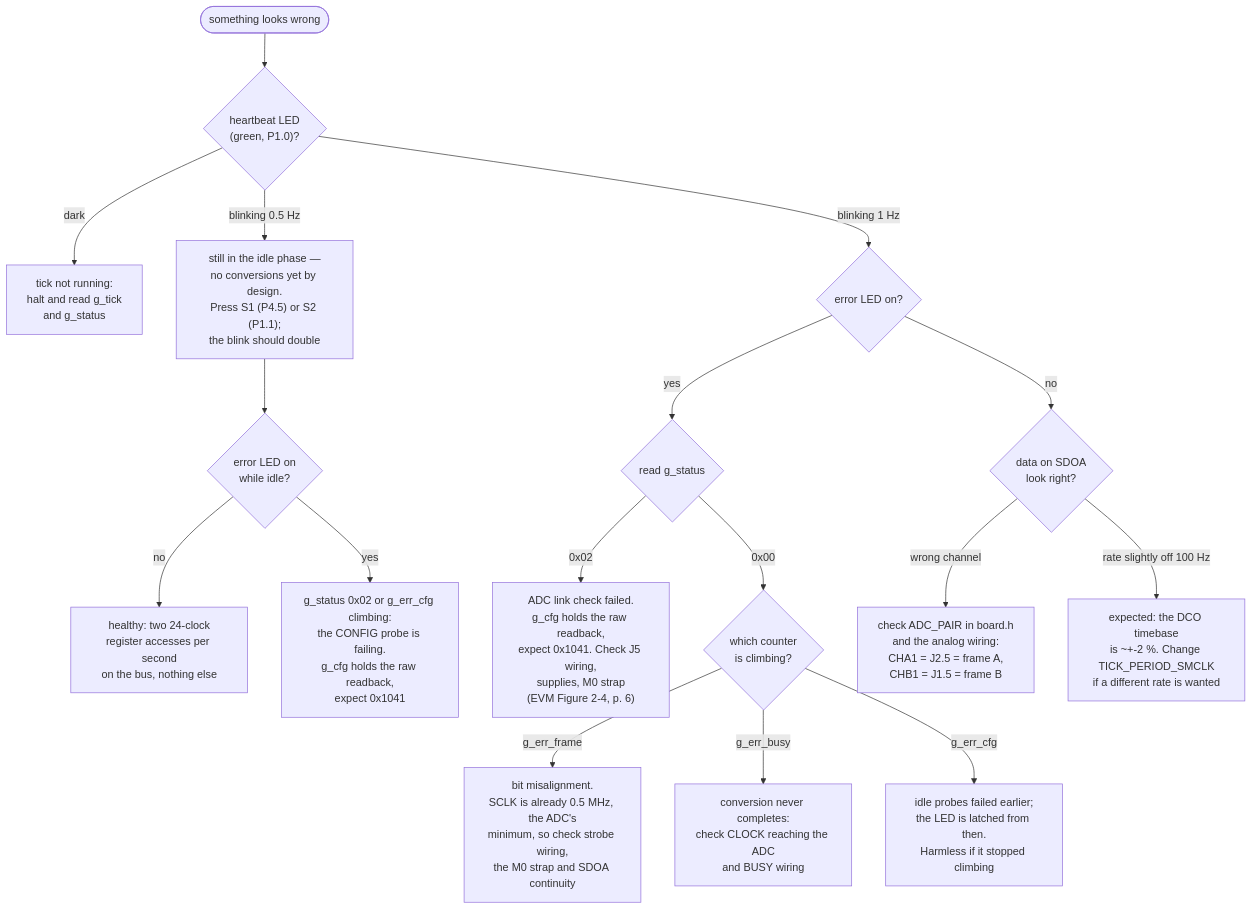
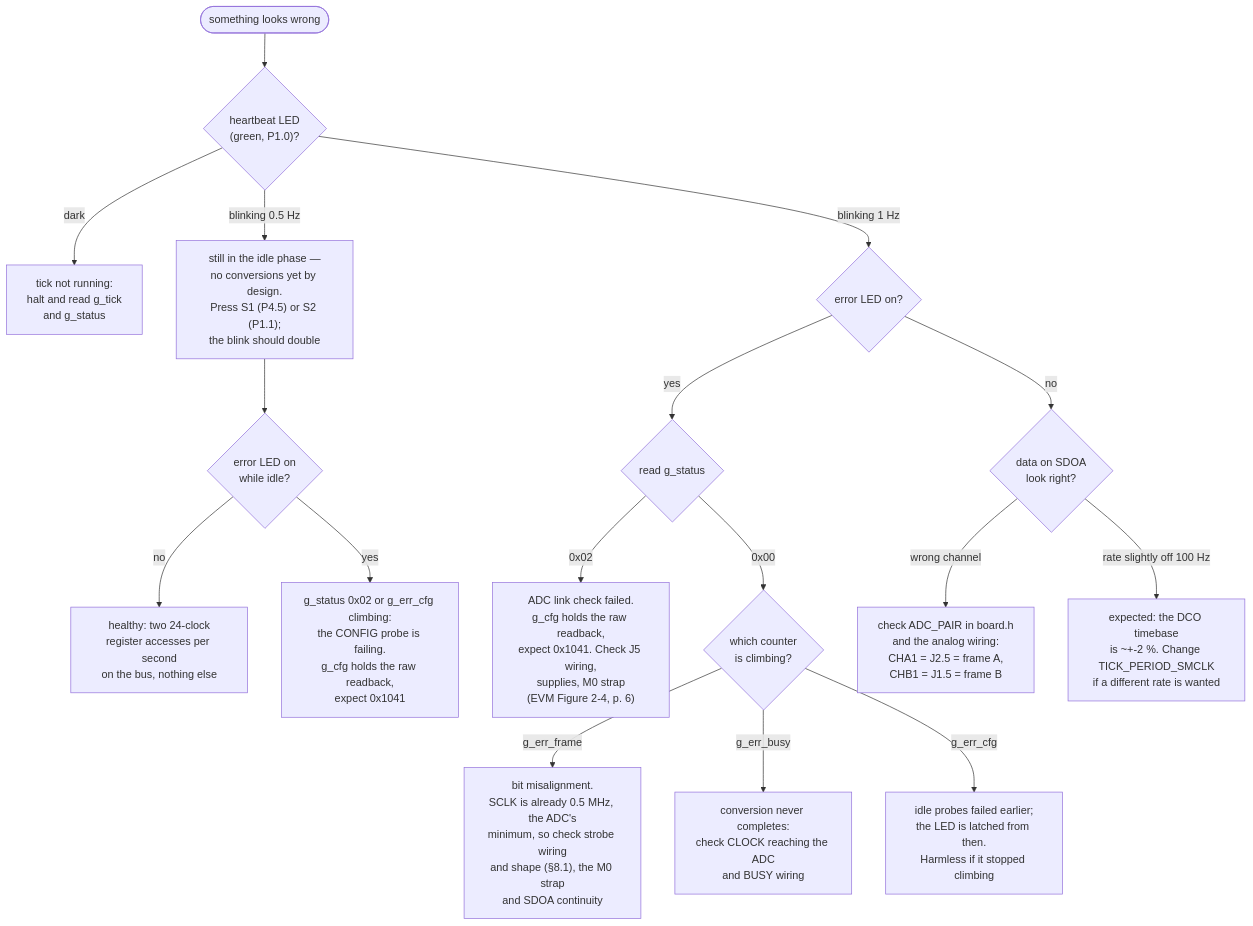
Before and after one commit to S-OConnor/MSP430_TestRepo: diagram 13 of 13 in docs/DESIGN.md, drawn with Mermaid. The commit also changed other lines of this file and 2 other files, not shown here.

````diff
--- a/docs/DESIGN.md
+++ b/docs/DESIGN.md
@@ -1341,25 +1468,25 @@
 ```mermaid
 flowchart TD
     START([something looks wrong]) --> HB{"heartbeat LED<br/>(green, P1.0)?"}
 
     HB -->|dark| NOTICK["tick not running:<br/>halt and read g_tick<br/>and g_status"]
     HB -->|"blinking 0.5 Hz"| IDLE["still in the idle phase —<br/>no conversions yet by design.<br/>Press S1 (P4.5) or S2 (P1.1);<br/>the blink should double"]
     HB -->|"blinking 1 Hz"| ERRLED{"error LED on?"}
 
     IDLE --> IDLEERR{"error LED on<br/>while idle?"}
     IDLEERR -->|no| WAIT["healthy: two 24-clock<br/>register accesses per second<br/>on the bus, nothing else"]
     IDLEERR -->|yes| CFG["g_status 0x02 or g_err_cfg climbing:<br/>the CONFIG probe is failing.<br/>g_cfg holds the raw readback,<br/>expect 0x1041"]
 
     ERRLED -->|no| DATA{"data on SDOA<br/>look right?"}
     ERRLED -->|yes| STATUS{"read g_status"}
 
     STATUS -->|0x02| S2["ADC link check failed.<br/>g_cfg holds the raw readback,<br/>expect 0x1041. Check J5 wiring,<br/>supplies, M0 strap<br/>(EVM Figure 2-4, p. 6)"]
     STATUS -->|0x00| S0{"which counter<br/>is climbing?"}
 
-    S0 -->|g_err_frame| FRAME["bit misalignment.<br/>SCLK is already 0.5 MHz, the ADC's<br/>minimum, so check strobe wiring,<br/>the M0 strap and SDOA continuity"]
+    S0 -->|g_err_frame| FRAME["bit misalignment.<br/>SCLK is already 0.5 MHz, the ADC's<br/>minimum, so check strobe wiring<br/>and shape (§8.1), the M0 strap<br/>and SDOA continuity"]
     S0 -->|g_err_busy| BUSY["conversion never completes:<br/>check CLOCK reaching the ADC<br/>and BUSY wiring"]
     S0 -->|g_err_cfg| CFG2["idle probes failed earlier;<br/>the LED is latched from then.<br/>Harmless if it stopped climbing"]
 
     DATA -->|"wrong channel"| CHAN["check ADC_PAIR in board.h<br/>and the analog wiring:<br/>CHA1 = J2.5 = frame A,<br/>CHB1 = J1.5 = frame B"]
     DATA -->|"rate slightly off 100 Hz"| RATE["expected: the DCO timebase<br/>is ~+-2 %. Change TICK_PERIOD_SMCLK<br/>if a different rate is wanted"]
 ```
````
